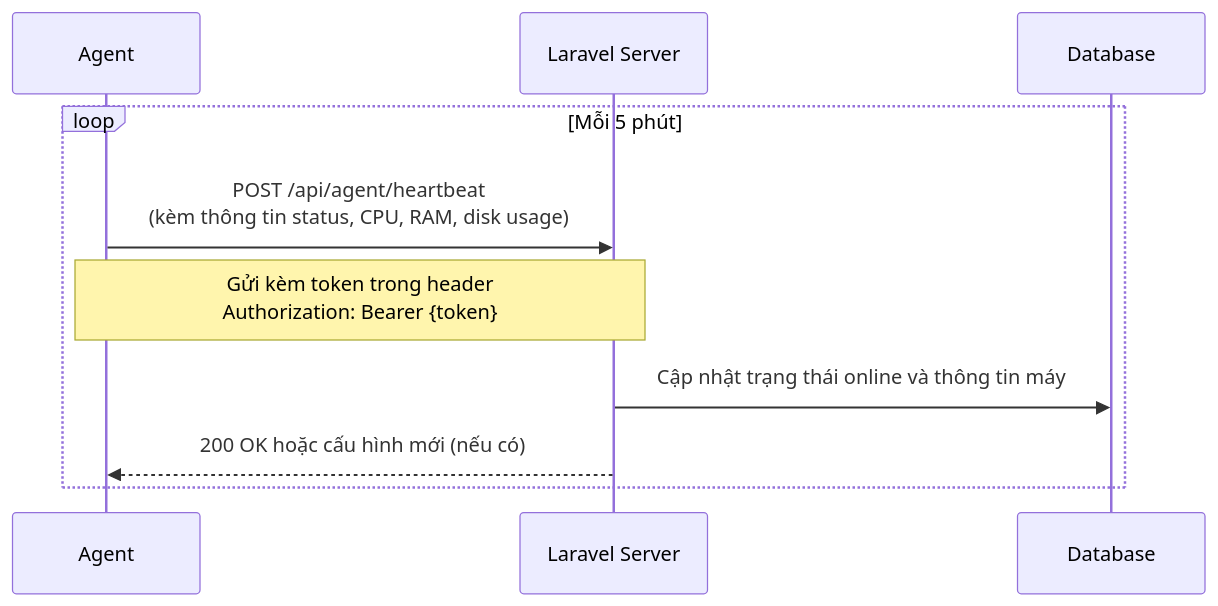
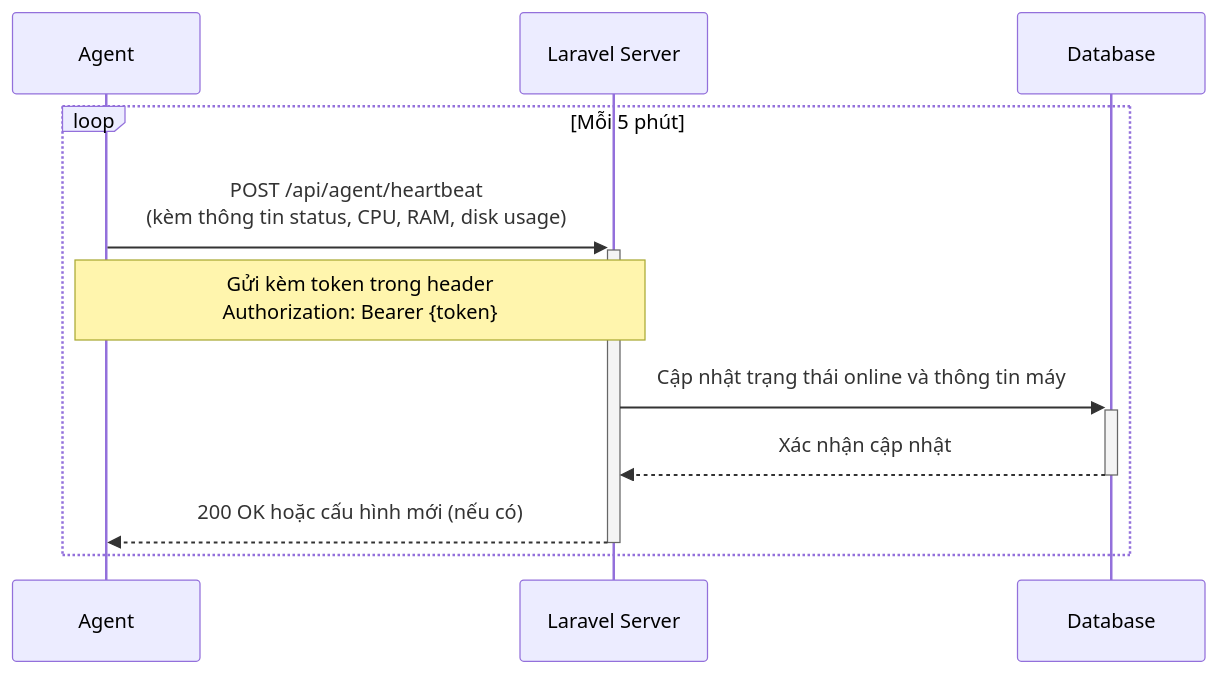
One commit to yamada5131/unilab changed the third of 5 diagrams in README.md. Above: the diagram before and after it, drawn with Mermaid. The commit also changed other lines of this file, not shown here.

Commit message:
feat: 🎸 Update sequence diagrams in README for improved clarity on Agent setup, registration, heartbeat mechanism, command execution, and result retrieval

````diff
--- a/README.md
+++ b/README.md
@@ -257,13 +270,14 @@
 ```mermaid
 sequenceDiagram
     participant A as Agent
     participant S as Laravel Server
     participant DB as Database
     
     loop Mỗi 5 phút
-        A->>S: POST /api/agent/heartbeat<br>(kèm thông tin status, CPU, RAM, disk usage)
+        A->>+S: POST /api/agent/heartbeat<br>(kèm thông tin status, CPU, RAM, disk usage)
         Note over A,S: Gửi kèm token trong header<br>Authorization: Bearer {token}
-        S->>DB: Cập nhật trạng thái online và thông tin máy
-        S-->>A: 200 OK hoặc cấu hình mới (nếu có)
+        S->>+DB: Cập nhật trạng thái online và thông tin máy
+        DB-->>-S: Xác nhận cập nhật
+        S-->>-A: 200 OK hoặc cấu hình mới (nếu có)
     end
 ```
````
